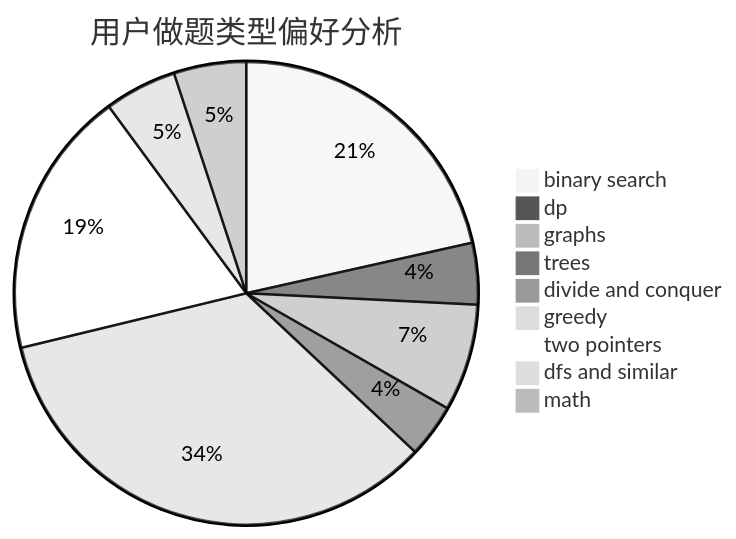
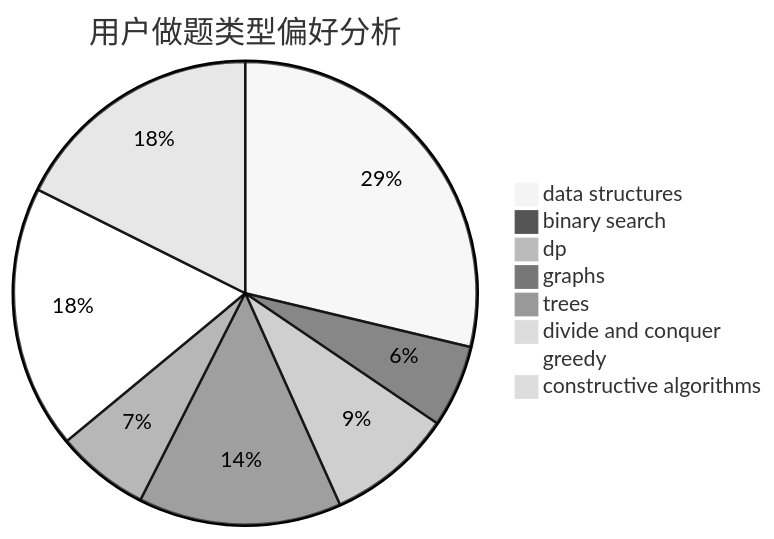
One commit to sherpahu/cfrs.github.io changed the second of 3 diagrams in docs/user/u1373.md. Above: the diagram before and after it, drawn with Mermaid (neutral theme). The commit also changed other lines of this file and 2775 other files, not shown here.

````diff
--- a/docs/user/u1373.md
+++ b/docs/user/u1373.md
@@ -23,12 +23,11 @@
 ```mermaid
 pie title 用户做题类型偏好分析
-    "binary search" :  115
+    "data structures" :  75
+    "binary search" :  15
     "dp" :  23
-    "graphs" :  40
-    "trees" :  20
+    "graphs" :  37
+    "trees" :  17
     "divide and conquer" :  0
-    "greedy" :  183
-    "two pointers" :  100
-    "dfs and similar" :  27
-    "math" :  27
+    "greedy" :  48
+    "constructive algorithms" :  46
 ```
````
